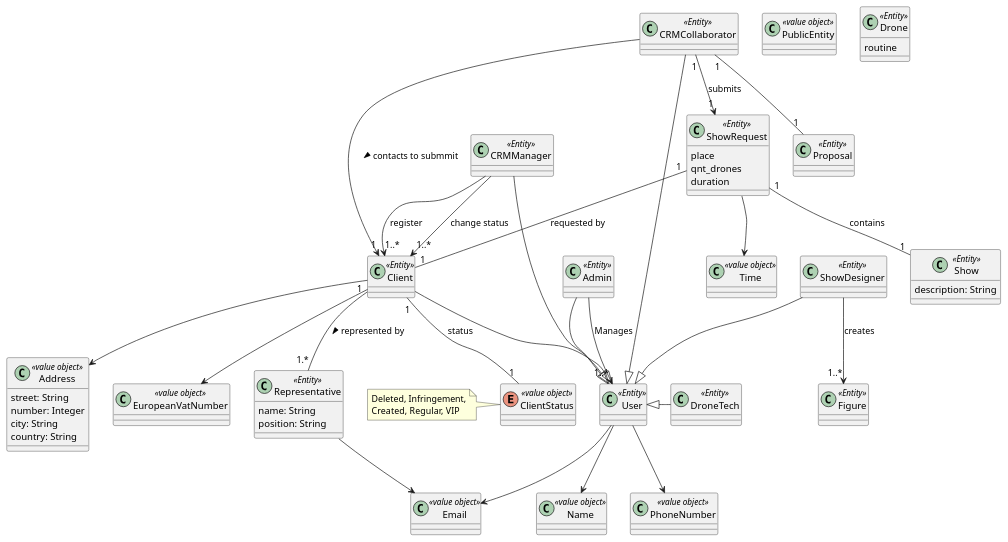
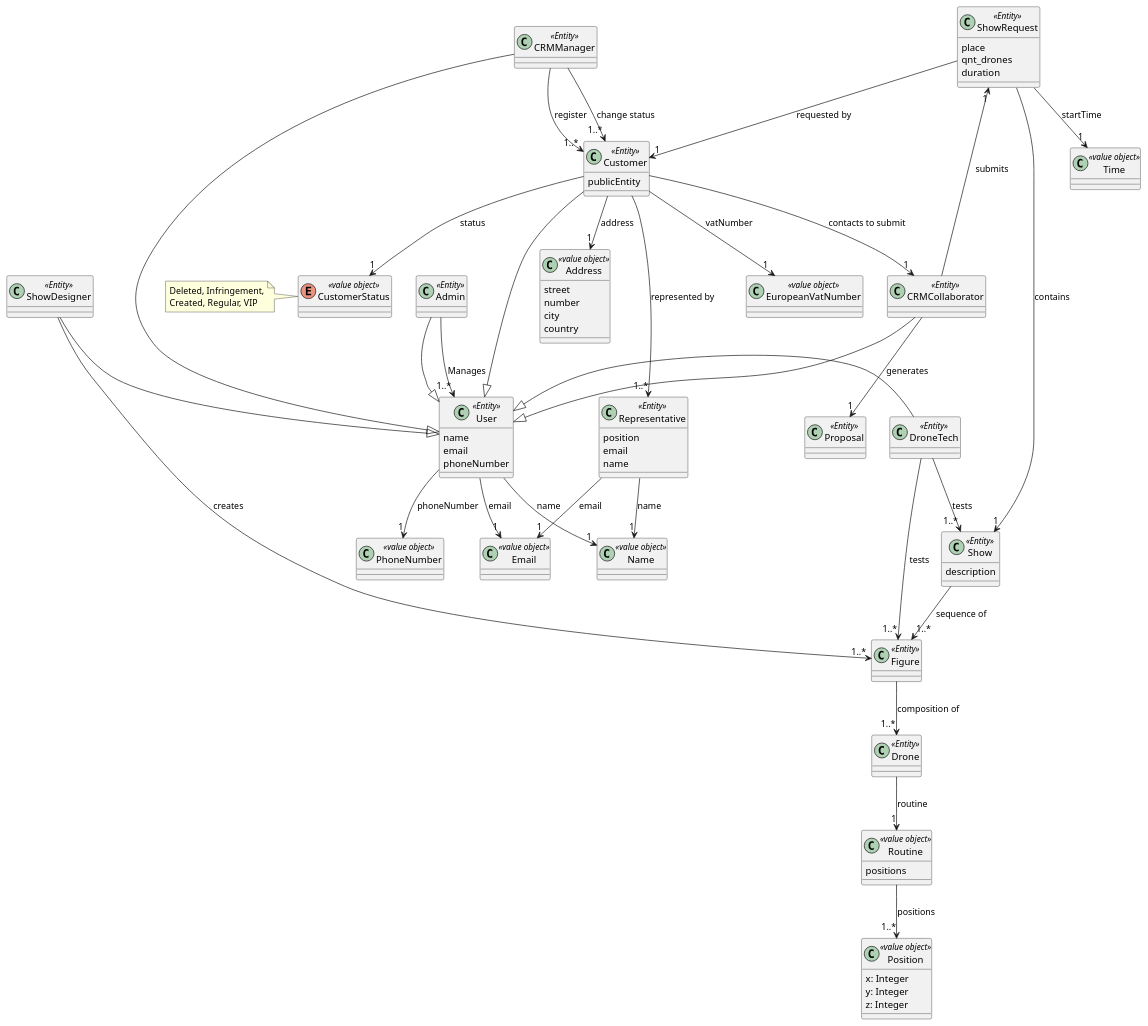
The diagram in docs/global_artifacts/analysis/puml/domain_model.puml (diogoveirospro/sem4pi-2024-2025-sem4pi_2024_2025_g44), drawn with PlantUML before and after one commit.

Commit message:
#6 Updated the domain model but it is still in need of some connections

```diff
--- a/docs/global_artifacts/analysis/puml/domain_model.puml
+++ b/docs/global_artifacts/analysis/puml/domain_model.puml
@@ -1,136 +1,160 @@
 @startuml
 
-class Client <<Entity>>{
-
-}
-
-class PublicEntity <<value object>>{
-
+class Customer <<Entity>>{
+    publicEntity
 }
 
 class Address <<value object>>{
-    street: String
-    number: Integer
-    city: String
-    country: String
+    street
+    number
+    city
+    country
 }
 
 class EuropeanVatNumber <<value object>>{
 }
 
 
 class Drone <<Entity>>{
-    routine
+
 }
 
 class Figure <<Entity>>{
 
 }
 
-Enum ClientStatus <<value object>>{
+class Routine <<value object>>{
+    positions
+}
+
+class Position <<value object>>{
+    x: Integer
+    y: Integer
+    z: Integer
+}
+
+Enum CustomerStatus <<value object>>{
 
 }
 
-note left of ClientStatus
+note left of CustomerStatus
   Deleted, Infringement,
   Created, Regular, VIP
 end note
 
 class User <<Entity>>{
+    name
+    email
+    phoneNumber
 }
 
 class PhoneNumber <<value object>>{
 }
 
 class Name <<value object>>{
 }
 
 class Email <<value object>>{
 }
 
 class Admin <<Entity>>{
 }
 
 class CRMManager <<Entity>>{
 
 }
 
 class CRMCollaborator <<Entity>>{
 }
 
 class ShowDesigner <<Entity>>{
 }
 
 class DroneTech <<Entity>>{
 }
 
 class Representative <<Entity>>{
-    name: String
-    position: String
+    position
+    email
+    name
 }
 
 class Show <<Entity>>{
-    description: String
+    description
 }
 
 class Time <<value object>>{
 
 }
 
 class ShowRequest <<Entity>>{
     place
     qnt_drones
     duration
-
 }
 
 class Proposal <<Entity>>{
 
 }
 
 
-'Client -> x
-Client --> EuropeanVatNumber
-Client --> Address
-Client --|> User
-CRMCollaborator  --> "1" Client :> contacts to submmit
-Client "1" -- "1.*" Representative :> represented by
-'Duvida:
-Client "1" -- "1" ClientStatus : status
+'Customer -> x
+Customer --> "1" EuropeanVatNumber: vatNumber
+Customer --> "1" Address: address
+Customer --|> User
+Customer  --> "1" CRMCollaborator : contacts to submit
+Customer  --> "1..*" Representative : represented by
+Customer  --> "1" CustomerStatus : status
 
 'ShowRequest -> x
-ShowRequest "1" -- "1" Client : requested by
-ShowRequest "1" -- "1" Show : contains
-ShowRequest --> Time
+ShowRequest  --> "1" Customer : requested by
+ShowRequest  --> "1" Show : contains
+ShowRequest --> "1" Time : startTime
 
 'CRMManager -> x
 CRMManager -|> User
-CRMManager --> "1..*" Client: register
-CRMManager --> "1..*" Client: change status
+CRMManager --> "1..*" Customer: register
+CRMManager --> "1..*" Customer: change status
 
 'ShowDesigner -> x
 ShowDesigner --> "1..*" Figure: creates
 ShowDesigner --|> User
 
 'CRMCollaborator -> x
-CRMCollaborator "1" -- "1" Proposal
+CRMCollaborator  --> "1" Proposal: generates
 CRMCollaborator --|> User
-CRMCollaborator "1" --> "1" ShowRequest: submits
+CRMCollaborator  --> "1" ShowRequest: submits
 
 'Admin -> x
 Admin --|> User
 Admin --> "1..*" User: Manages
 
 'DroneTech -> x
 DroneTech -left|> User
+DroneTech --> "1..*" Figure: tests
+DroneTech --> "1..*" Show: tests
 
 'User -> x
-User --> PhoneNumber
-User --> Name
-User --> Email
+User --> "1" PhoneNumber: phoneNumber
+User --> "1" Name: name
+User --> "1" Email: email
 
 'Representative -> x
-Representative  -->  Email
+Representative  --> "1" Email: email
+Representative --> "1" Name: name
+
+'Figure -> x
+Figure --> "1..*" Drone: composition of
+
+'Show -> x
+Show --> "1..*" Figure: sequence of
+
+'Drone -> x
+Drone --> "1" Routine: routine
+
+'Routine -> x
+Routine --> "1..*" Position: positions
+
 
 
 @enduml
```
